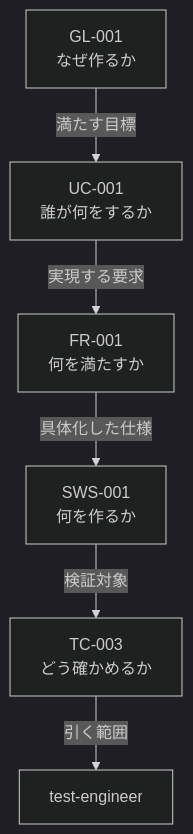
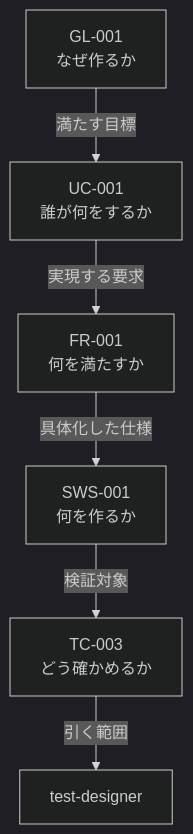
Before and after one commit to GoodRelax/gr-sw-maker: the diagram in maintenance/2026-08-10/00-mode-matrix.md, drawn with Mermaid (dark theme). The commit also changed other lines of this file and 1 other file, not shown here.

First line of the commit message:
Make the matrix authoritative; split test-engineer in two

````diff
--- a/maintenance/2026-08-10/00-mode-matrix.md
+++ b/maintenance/2026-08-10/00-mode-matrix.md
@@ -69,8 +76,8 @@
 ```mermaid
 flowchart TD
     GL["GL-001<br/>なぜ作るか"] -->|"満たす目標"| UC["UC-001<br/>誰が何をするか"]
     UC -->|"実現する要求"| FR["FR-001<br/>何を満たすか"]
     FR -->|"具体化した仕様"| SWS["SWS-001<br/>何を作るか"]
     SWS -->|"検証対象"| TC["TC-003<br/>どう確かめるか"]
-    TC -->|"引く範囲"| TE["test-engineer"]
+    TC -->|"引く範囲"| TE["test-designer"]
 ```
````
